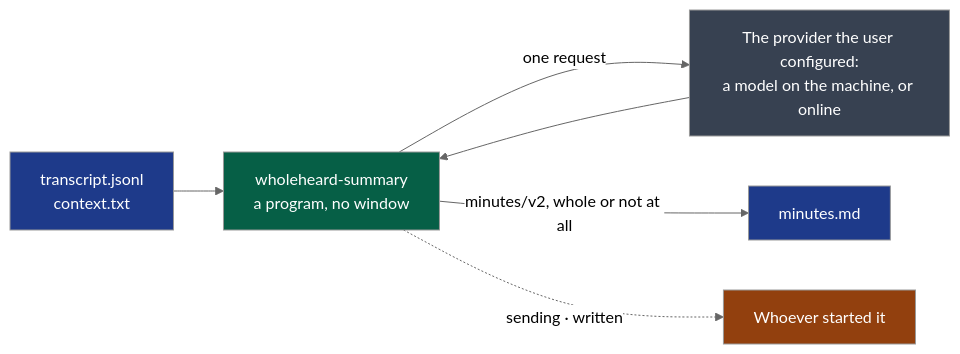
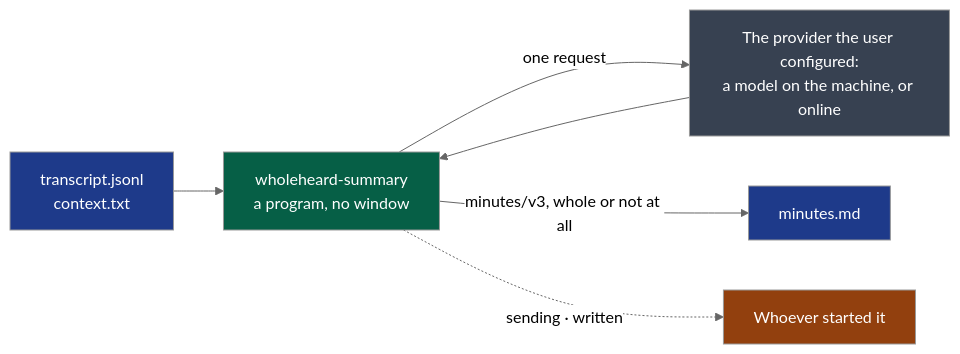
Before and after one commit to NapkinStack/wholeheard: the diagram in modules/summary/README.md, drawn with Mermaid (neutral theme). The commit also changed other lines of this file and 8 other files, not shown here.

````diff
--- a/modules/summary/README.md
+++ b/modules/summary/README.md
@@ -9,13 +9,13 @@
 ```mermaid
 flowchart LR
     T["transcript.jsonl<br/>context.txt"]:::file --> P["wholeheard-summary<br/>a program, no window"]:::mod
     P -->|"one request"| V["The provider the user configured:<br/>a model on the machine, or online"]:::ext
     V --> P
-    P -->|"minutes/v2, whole or not at all"| M["minutes.md"]:::file
+    P -->|"minutes/v3, whole or not at all"| M["minutes.md"]:::file
     P -.->|"sending · written"| W["Whoever started it"]:::user
 
     classDef file fill:#1e3a8a,color:#fff
     classDef mod fill:#065f46,color:#fff
     classDef ext fill:#374151,color:#fff
     classDef user fill:#92400e,color:#fff
 ```
````
